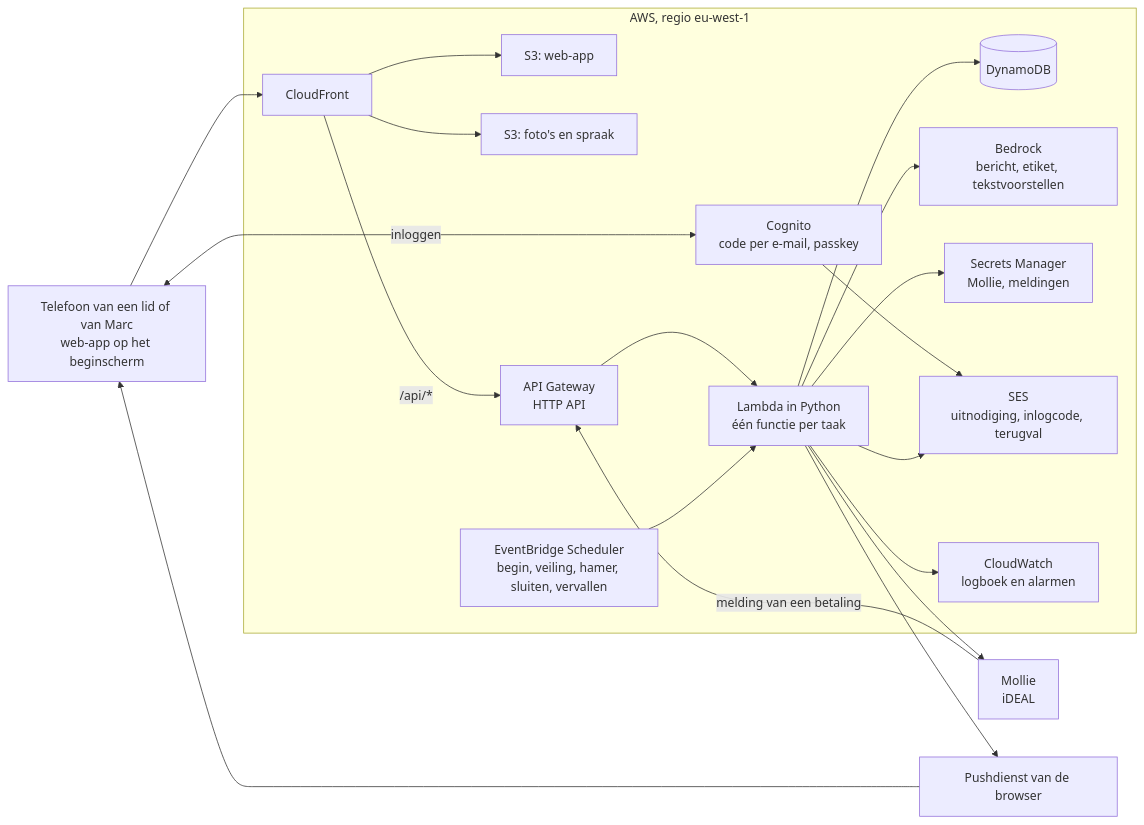
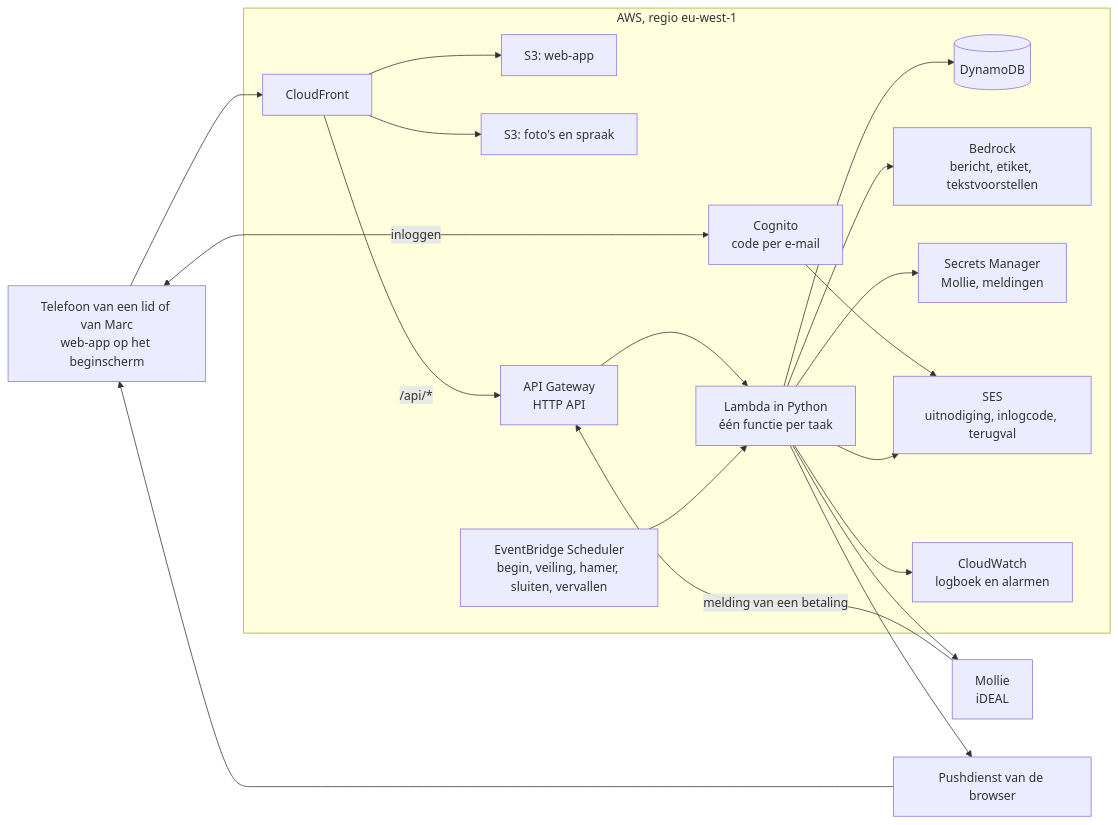
The first of 3 diagrams in pilotplan-marcs-wijnclub.md (aidanvanlatestein-jpg/MarcsWijnClub), drawn with Mermaid before and after one commit. The commit also changed other lines of this file and 13 other files, not shown here.

First line of the commit message:
Inloggen: Face ID uit de pilot, passkey naar roadmap 22

````diff
--- a/pilotplan-marcs-wijnclub.md
+++ b/pilotplan-marcs-wijnclub.md
@@ -270,38 +270,38 @@
 ```mermaid
 flowchart LR
     tel["Telefoon van een lid of van Marc<br/>web-app op het beginscherm"]
     subgraph aws["AWS, regio eu-west-1"]
         cf["CloudFront"]
         web["S3: web-app"]
         foto["S3: foto's en spraak"]
-        cog["Cognito<br/>code per e-mail, passkey"]
+        cog["Cognito<br/>code per e-mail"]
         api["API Gateway<br/>HTTP API"]
         fn["Lambda in Python<br/>één functie per taak"]
         db[("DynamoDB")]
         sch["EventBridge Scheduler<br/>begin, veiling, hamer, sluiten, vervallen"]
         llm["Bedrock<br/>bericht, etiket, tekstvoorstellen"]
         sec["Secrets Manager<br/>Mollie, meldingen"]
         ses["SES<br/>uitnodiging, inlogcode, terugval"]
         cw["CloudWatch<br/>logboek en alarmen"]
     end
     mol["Mollie<br/>iDEAL"]
     push["Pushdienst van de browser"]
 
     tel --> cf
     cf --> web
     cf --> foto
     cf -- "/api/*" --> api
     tel <-- "inloggen" --> cog
     cog --> ses
     api --> fn
     fn --> db
     fn --> llm
     fn --> sec
     fn --> mol
     mol -- "melding van een betaling" --> api
     sch --> fn
     fn --> push
     fn --> ses
     fn --> cw
     push --> tel
 ```
````
